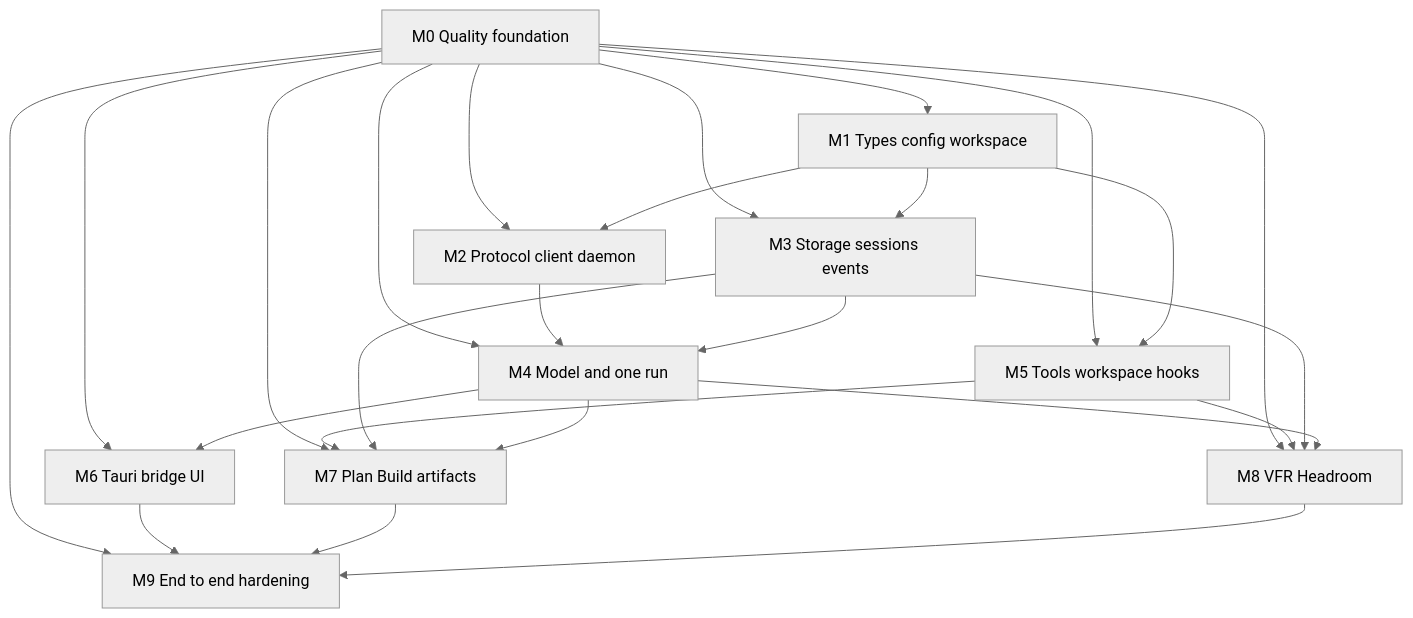
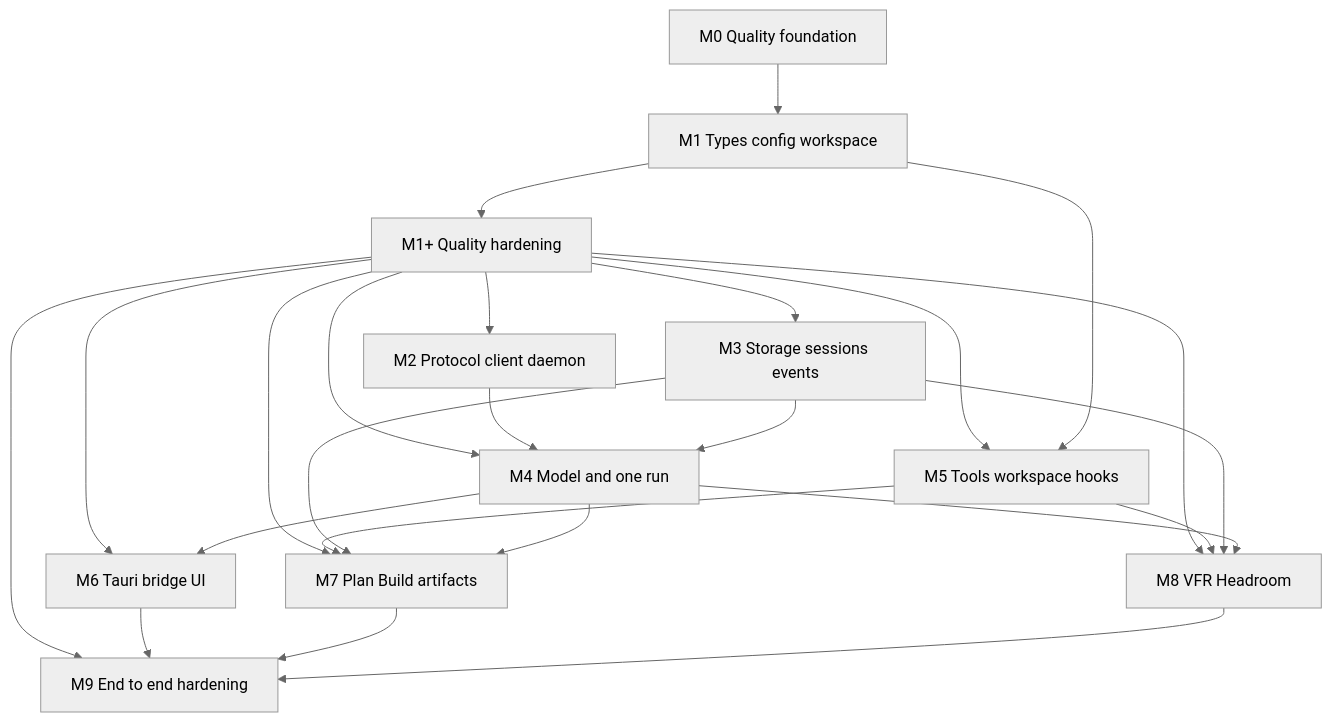
One commit to y0tsy/intention-relay changed the diagram in docs/intention-relay/architecture/11-implementation-roadmap.md. Above: the diagram before and after it, drawn with Mermaid (neutral theme). The commit also changed other lines of this file and 8 other files, not shown here.

First line of the commit message:
docs: close M1 plus quality hardening

````diff
--- a/docs/intention-relay/architecture/11-implementation-roadmap.md
+++ b/docs/intention-relay/architecture/11-implementation-roadmap.md
@@ -11,27 +11,26 @@
 ```mermaid
 flowchart TD
   Q[M0 Quality foundation] --> A[M1 Types config workspace]
-  Q --> B[M2 Protocol client daemon]
-  Q --> C[M3 Storage sessions events]
-  Q --> D[M4 Model and one run]
-  Q --> E[M5 Tools workspace hooks]
-  Q --> F[M6 Tauri bridge UI]
-  Q --> G[M7 Plan Build artifacts]
-  Q --> H[M8 VFR Headroom]
-  Q --> I[M9 End to end hardening]
-  A --> B
-  A --> C
+  A --> P[M1+ Quality hardening]
+  P --> B[M2 Protocol client daemon]
+  P --> C[M3 Storage sessions events]
+  P --> D[M4 Model and one run]
+  P --> E[M5 Tools workspace hooks]
+  P --> F[M6 Tauri bridge UI]
+  P --> G[M7 Plan Build artifacts]
+  P --> H[M8 VFR Headroom]
+  P --> I[M9 End to end hardening]
   B --> D
   C --> D
   A --> E
   D --> F
   E --> G
   C --> G
   D --> G
   E --> H
   C --> H
   D --> H
   F --> I
   G --> I
   H --> I
 ```
````
